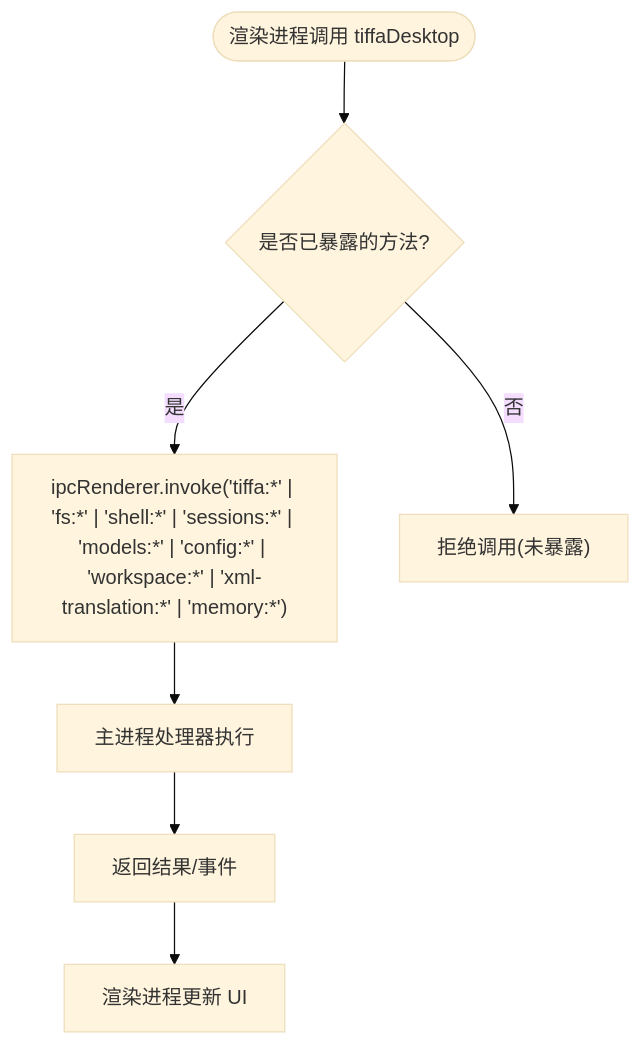
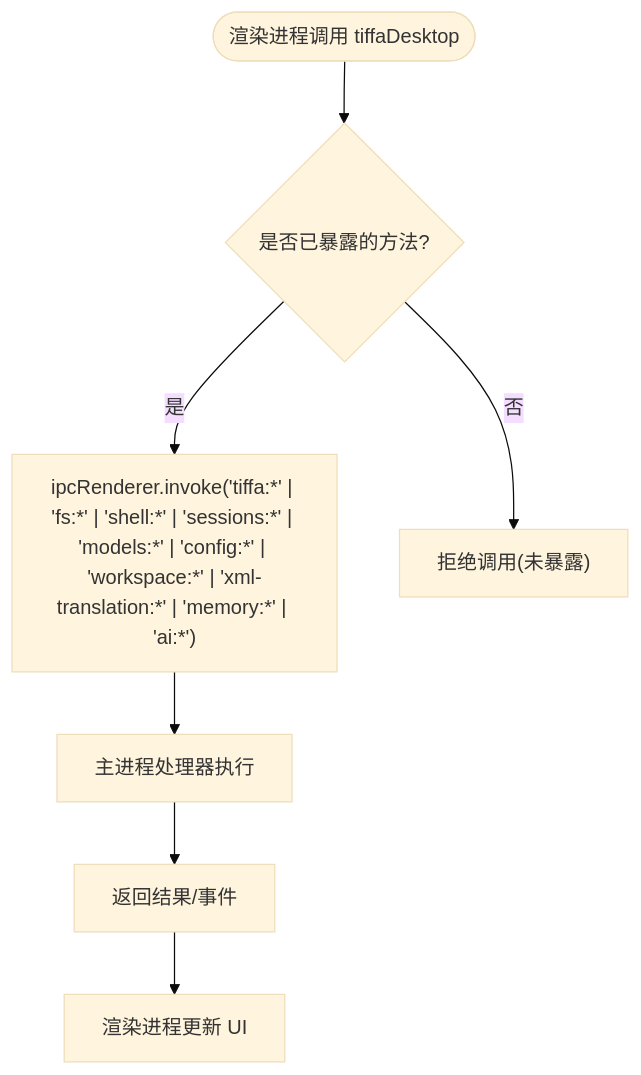
Before and after one commit to swond-Mao/Tiffa: the fourth of 11 diagrams in .qoder/repowiki/zh/content/核心架构/Electron应用架构/Electron应用架构.md, drawn with Mermaid (base theme). The commit also changed other lines of this file and 17 other files, not shown here.

````diff
--- a/.qoder/repowiki/zh/content/核心架构/Electron应用架构/Electron应用架构.md
+++ b/.qoder/repowiki/zh/content/核心架构/Electron应用架构/Electron应用架构.md
@@ -236,9 +232,9 @@
 ```mermaid
 flowchart TD
 Start(["渲染进程调用 tiffaDesktop"]) --> CheckAPI{"是否已暴露的方法?"}
-CheckAPI --> |是| Invoke["ipcRenderer.invoke('tiffa:*' | 'fs:*' | 'shell:*' | 'sessions:*' | 'models:*' | 'config:*' | 'workspace:*' | 'xml-translation:*' | 'memory:*')"]
+CheckAPI --> |是| Invoke["ipcRenderer.invoke('tiffa:*' | 'fs:*' | 'shell:*' | 'sessions:*' | 'models:*' | 'config:*' | 'workspace:*' | 'xml-translation:*' | 'memory:*' | 'ai:*')"]
 CheckAPI --> |否| Deny["拒绝调用(未暴露)"]
 Invoke --> MainIPC["主进程处理器执行"]
 MainIPC --> Result["返回结果/事件"]
 Result --> Render["渲染进程更新 UI"]
 ```
````
